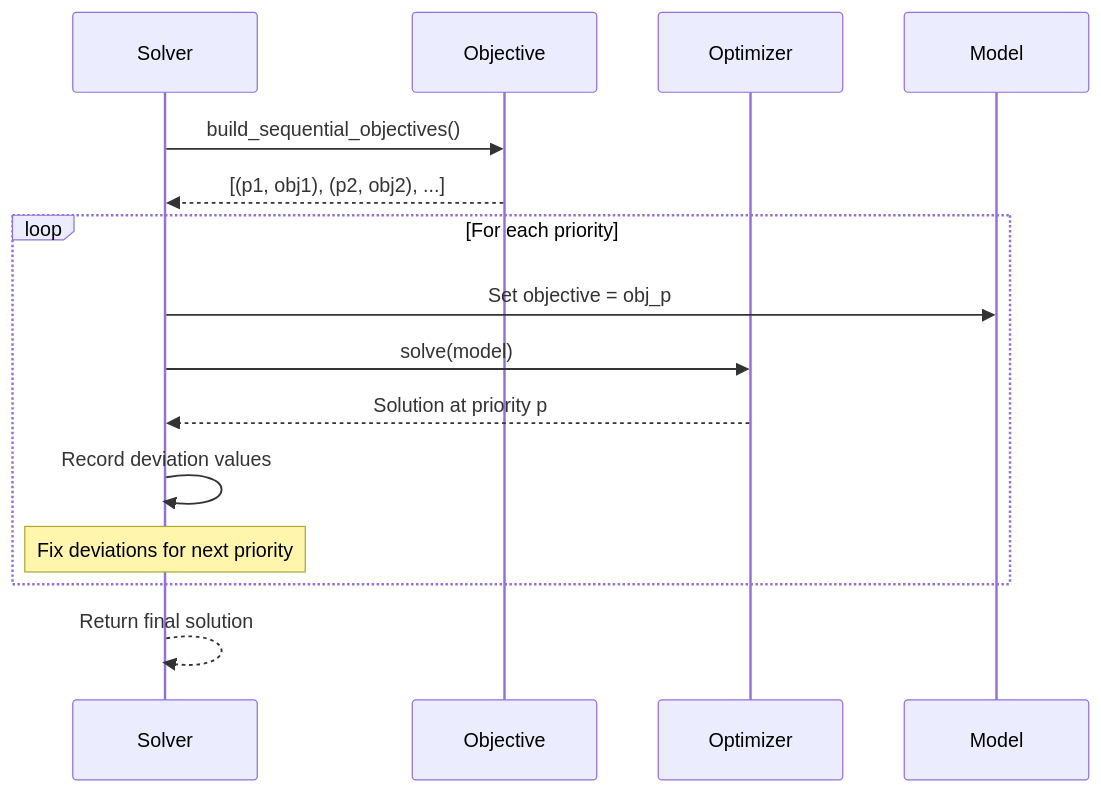
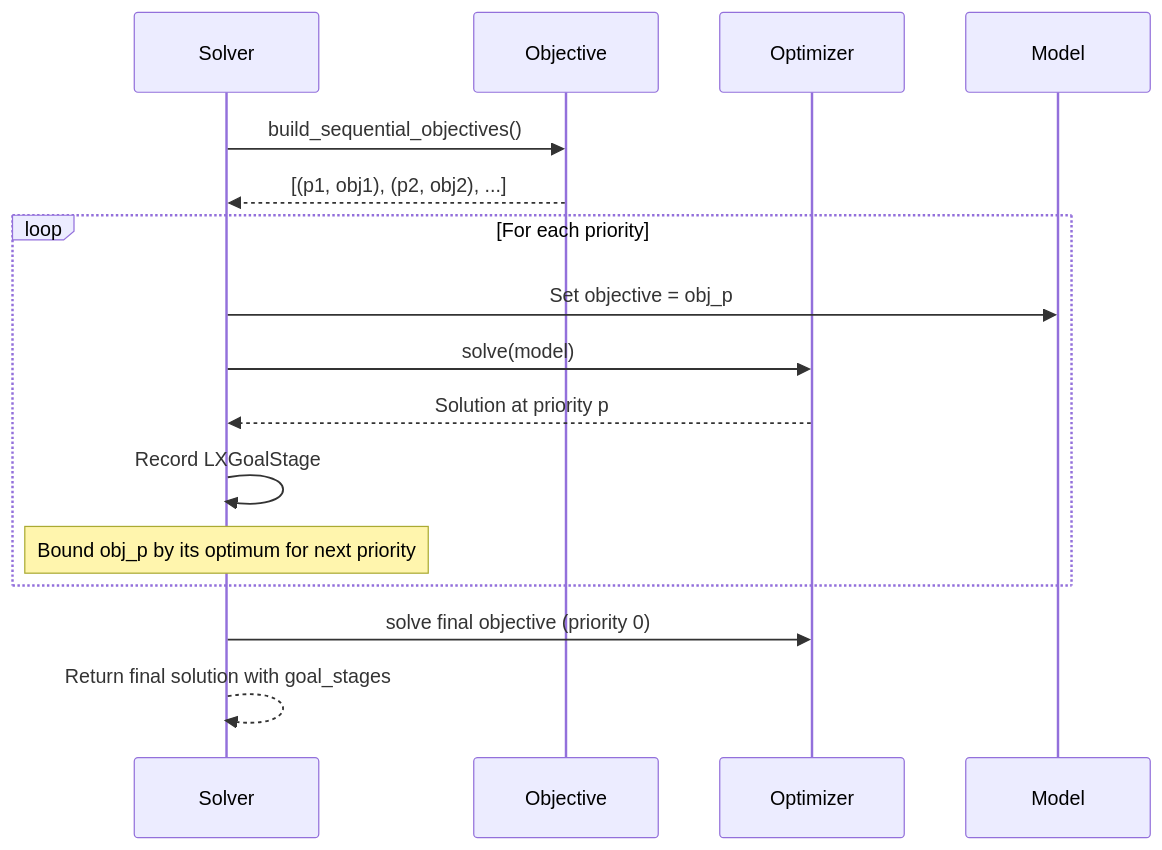
One commit to tdelphi1981/LumiX changed the fourth of 4 diagrams in docs/source/development/goal-programming-architecture.rst. Above: the diagram before and after it, drawn with Mermaid. The commit also changed other lines of this file and 19 other files, not shown here.

Commit message:
docs: W5 goal programming (automatic relaxation, priority 0, lexicographic stages)

```diff
--- a/docs/source/development/goal-programming-architecture.rst
+++ b/docs/source/development/goal-programming-architecture.rst
@@ -276,20 +297,21 @@
 .. mermaid::
 
    sequenceDiagram
        participant Solver
        participant Objective
        participant Optimizer
        participant Model
 
        Solver->>Objective: build_sequential_objectives()
        Objective-->>Solver: [(p1, obj1), (p2, obj2), ...]
 
        loop For each priority
            Solver->>Model: Set objective = obj_p
            Solver->>Optimizer: solve(model)
            Optimizer-->>Solver: Solution at priority p
-           Solver->>Solver: Record deviation values
-           Note over Solver: Fix deviations for next priority
+           Solver->>Solver: Record LXGoalStage
+           Note over Solver: Bound obj_p by its optimum for next priority
        end
 
-       Solver-->>Solver: Return final solution
+       Solver->>Optimizer: solve final objective (priority 0)
+       Solver-->>Solver: Return final solution with goal_stages
```
